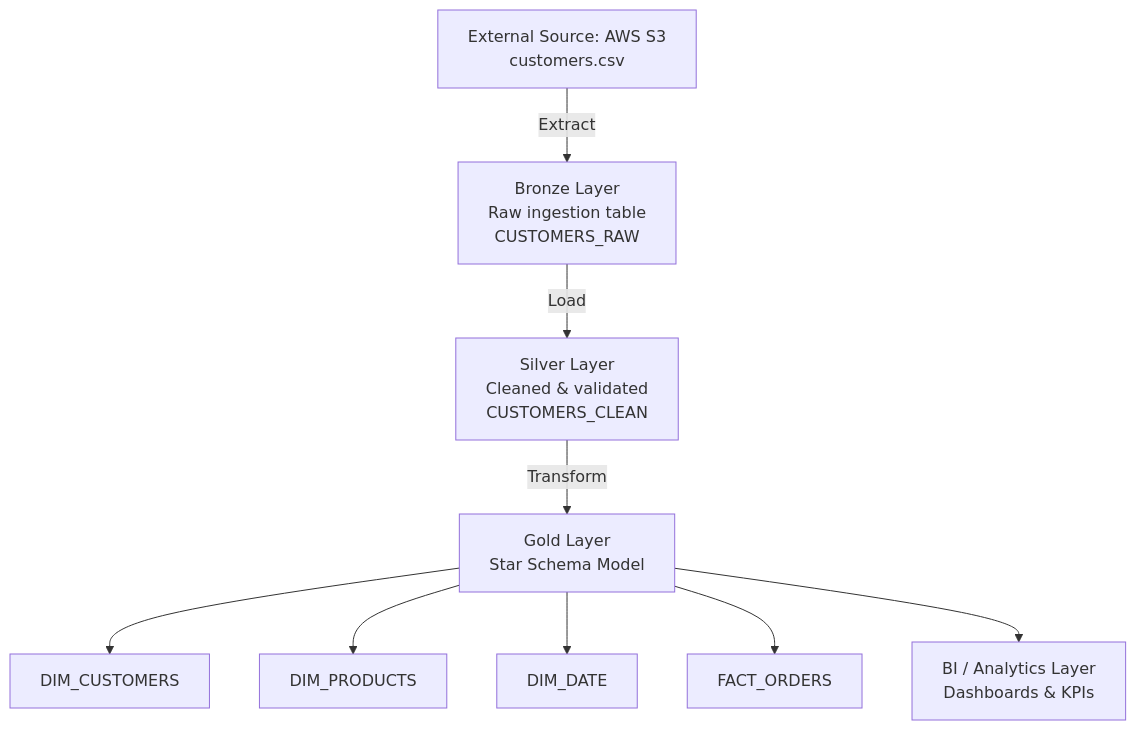
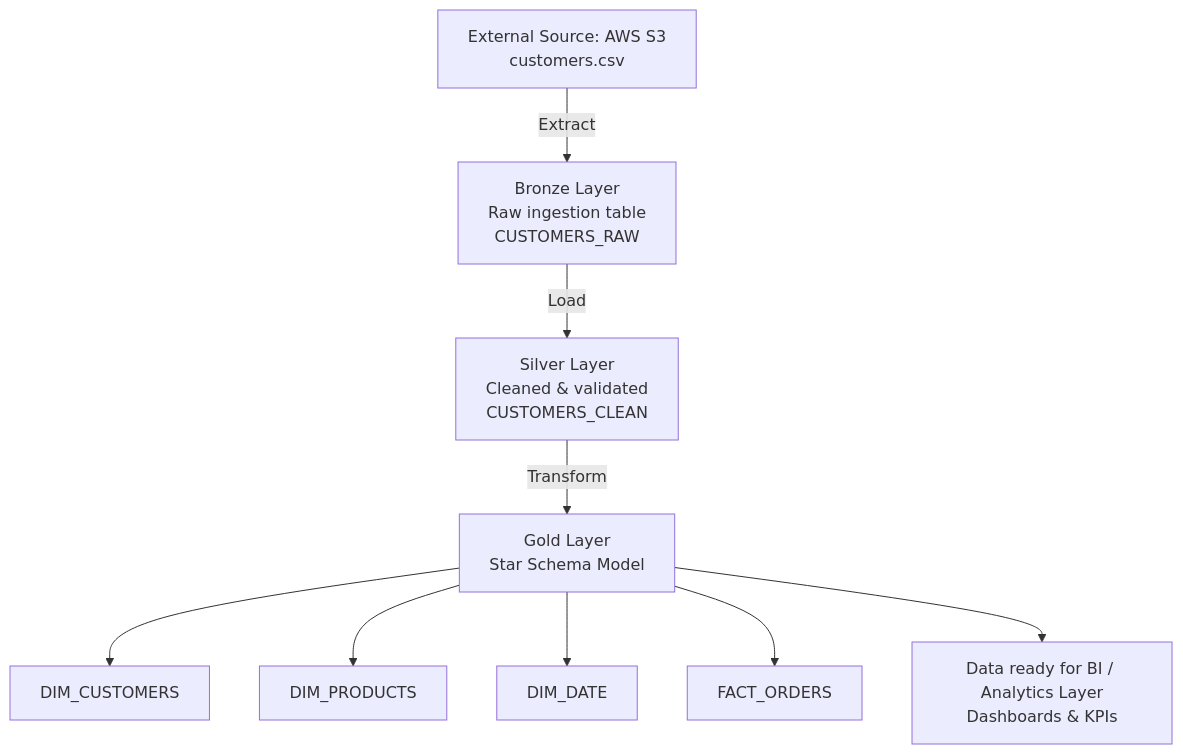
One commit to DarrenDavy12/Snowflake-Medallion-Data-Pipeline-End-to-End-ELT changed the diagram in README.md. Above: the diagram before and after it, drawn with Mermaid.

Commit message:
Updated diagram in readme

````diff
--- a/README.md
+++ b/README.md
@@ -13,16 +13,16 @@
 ```mermaid
 flowchart TD
 
 A[External Source: AWS S3<br/>customers.csv] -->|Extract| B[Bronze Layer<br/>Raw ingestion table<br/>CUSTOMERS_RAW]
 
 B -->|Load| C[Silver Layer<br/>Cleaned & validated<br/>CUSTOMERS_CLEAN]
 
 C -->|Transform| D[Gold Layer<br/>Star Schema Model]
 
 D --> D1[DIM_CUSTOMERS]
 D --> D2[DIM_PRODUCTS]
 D --> D3[DIM_DATE]
 D --> D4[FACT_ORDERS]
 
-D --> E[BI / Analytics Layer<br/>Dashboards & KPIs]
+D --> E[Data ready for BI / Analytics Layer<br/>Dashboards & KPIs]
 ```
````
